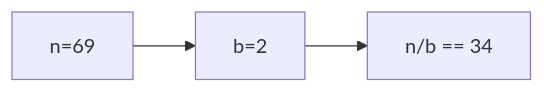
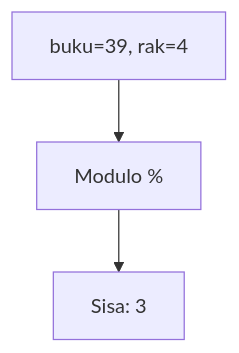
Before and after one commit to amnahwaida/OSNK_INF_PREP: the ninth of 25 diagrams in part-c-pemahaman-cpp/01-tipe-data/latihan/set-01.md, drawn with Mermaid. The commit also changed other lines of this file and 71 other files, not shown here.

````diff
--- a/part-c-pemahaman-cpp/01-tipe-data/latihan/set-01.md
+++ b/part-c-pemahaman-cpp/01-tipe-data/latihan/set-01.md
@@ -239,5 +250,5 @@
 ```mermaid
-graph LR
-A["n=69"] --> B["b=2"]
-B --> C["n/b == 34"]
+graph TD
+A["buku=39, rak=4"] --> B["Modulo %"]
+B --> C["Sisa: 3"]
 ```
````
